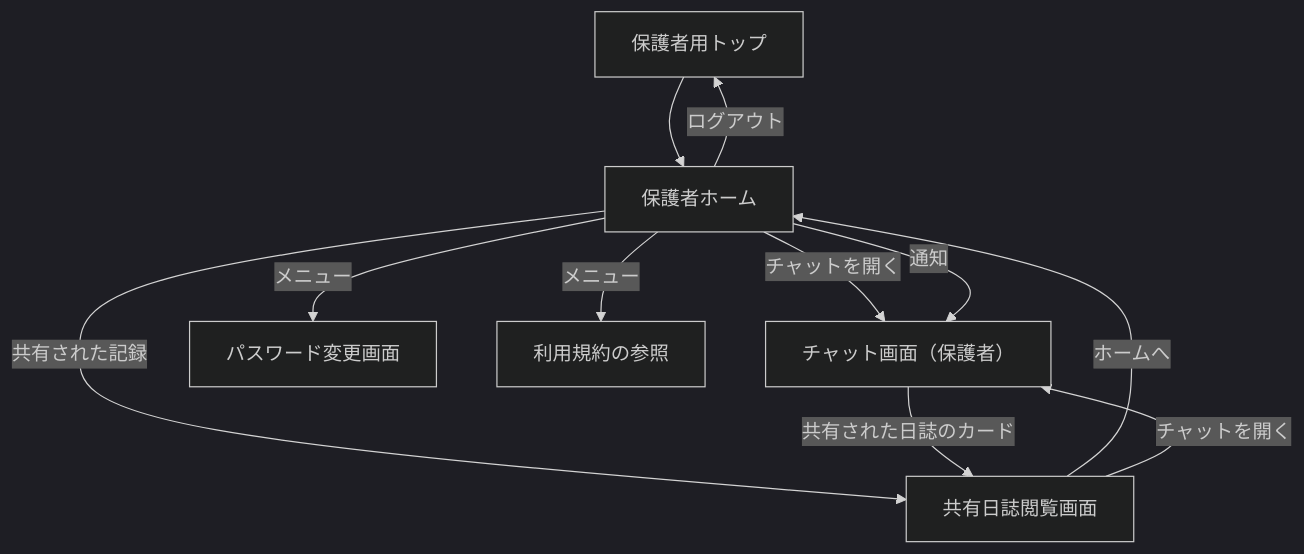
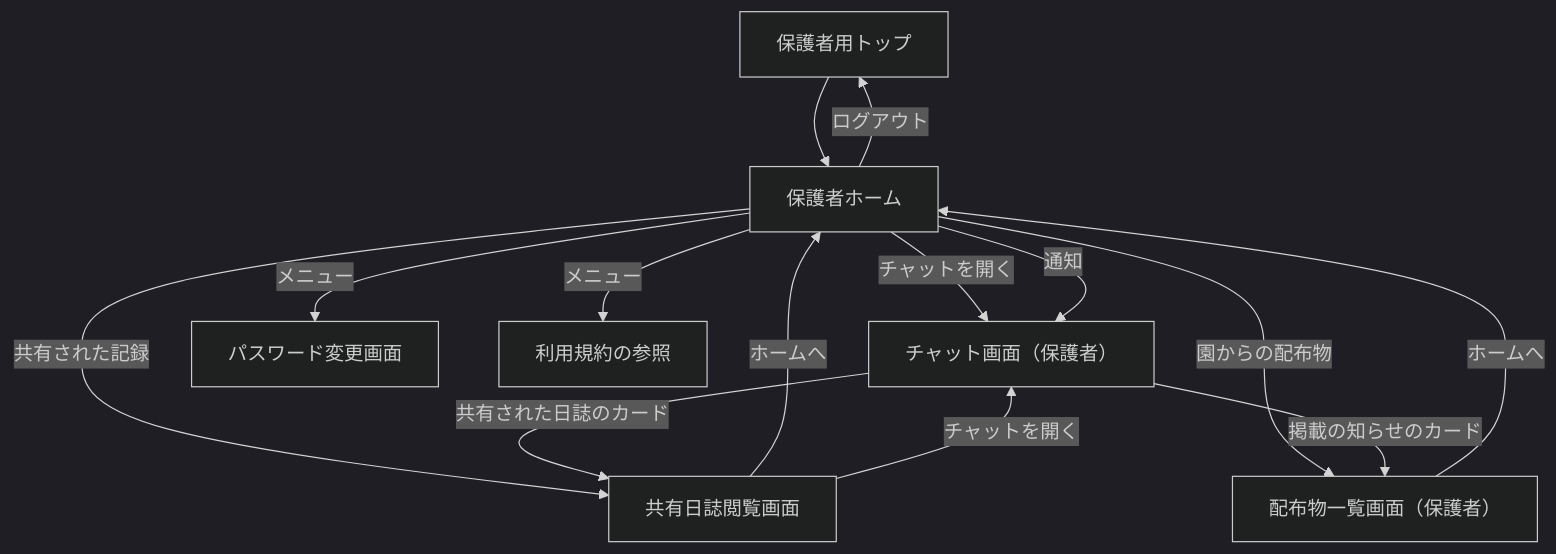
One commit to issei0423/sukusuku_system changed the eighth of 8 diagrams in 図/画面遷移図.md. Above: the diagram before and after it, drawn with Mermaid (dark theme). The commit also changed other lines of this file and 16 other files, not shown here.

First line of the commit message:
園からの配布物を要件定義書・基本設計書・図へ加えた

````diff
--- a/図/画面遷移図.md
+++ b/図/画面遷移図.md
@@ -388,13 +394,16 @@
 ```mermaid
 flowchart TD
     PT["保護者用トップ"] --> PH["保護者ホーム"]
     PH -->|チャットを開く| GCH["チャット画面（保護者）"]
     PH -->|共有された記録| GD["共有日誌閲覧画面"]
     GCH -->|共有された日誌のカード| GD
     GD -->|ホームへ| PH
     GD -->|チャットを開く| GCH
+    PH -->|園からの配布物| GH["配布物一覧画面（保護者）"]
+    GCH -->|掲載の知らせのカード| GH
+    GH -->|ホームへ| PH
     PH -->|通知| GCH
     PH -->|メニュー| PW["パスワード変更画面"]
     PH -->|メニュー| TC["利用規約の参照"]
     PH -->|ログアウト| PT
 ```
````
